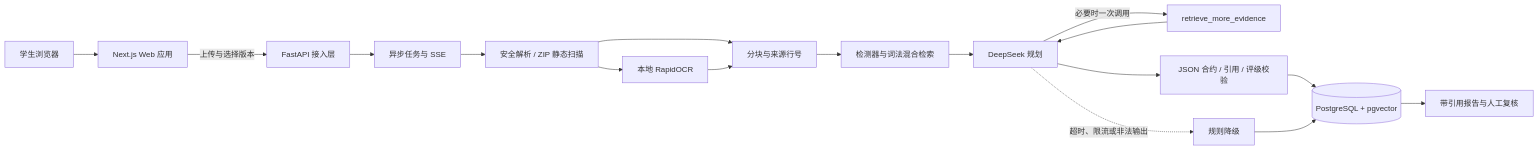
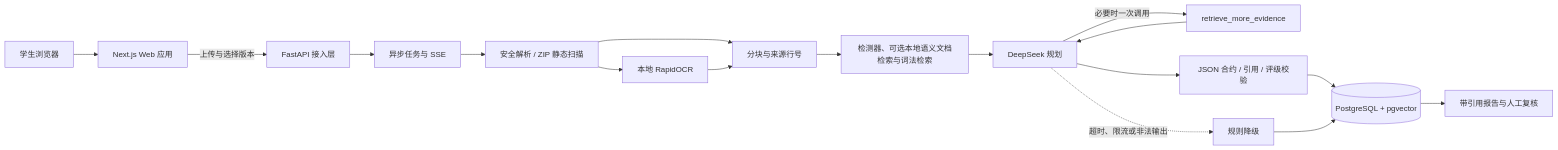
The diagram in docs/提交资料骨架.md (hahaandxixi/careerproof), drawn with Mermaid before and after one commit. The commit also changed other lines of this file and 23 other files, not shown here.

````diff
--- a/docs/提交资料骨架.md
+++ b/docs/提交资料骨架.md
@@ -41,19 +41,19 @@
 ```mermaid
 flowchart LR
     U[学生浏览器] --> A[Next.js Web 应用]
     A -->|上传与选择版本| API[FastAPI 接入层]
     API --> T[异步任务与 SSE]
     T --> P[安全解析 / ZIP 静态扫描]
     P --> O[本地 RapidOCR]
     P --> C[分块与来源行号]
     O --> C
-    C --> R[检测器与词法混合检索]
+    C --> R[检测器、可选本地语义文档检索与词法检索]
     R --> D[DeepSeek 规划]
     D -->|必要时一次调用| F[retrieve_more_evidence]
     F --> D
     D --> V[JSON 合约 / 引用 / 评级校验]
     D -. 超时、限流或非法输出 .-> G[规则降级]
     V --> DB[(PostgreSQL + pgvector)]
     G --> DB
     DB --> H[带引用报告与人工复核]
 ```
````
